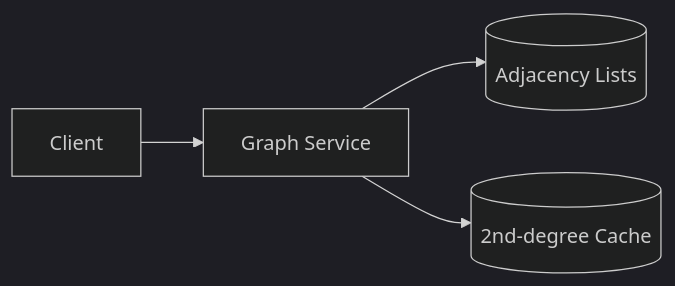
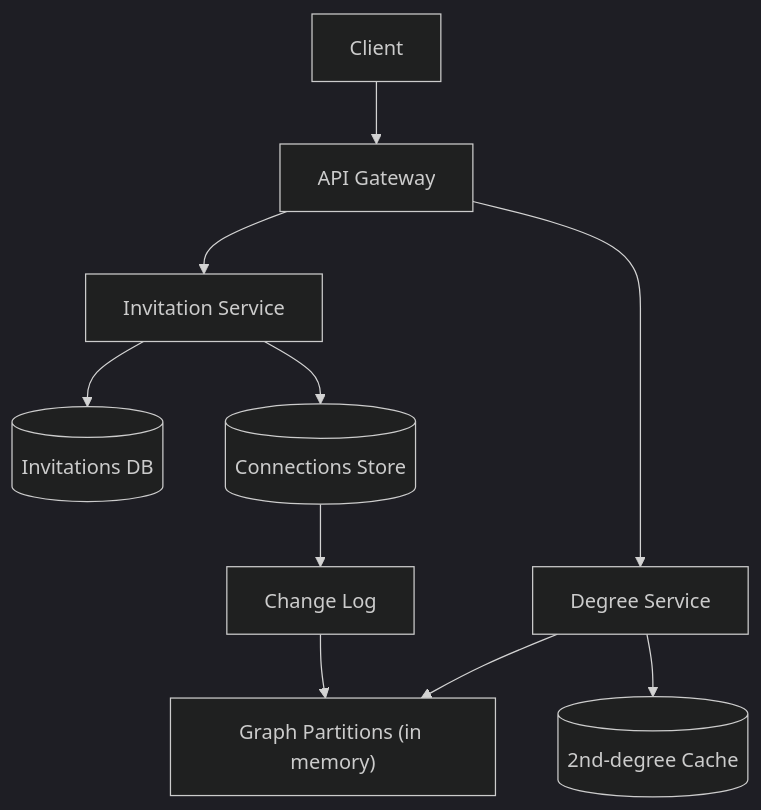
One commit to design-gurus/grokking-system-design changed the first of 2 diagrams in questions/design-linkedin-connections.md. Above: the diagram before and after it, drawn with Mermaid (dark theme). The commit also changed other lines of this file and 19 other files, not shown here.

````diff
--- a/questions/design-linkedin-connections.md
+++ b/questions/design-linkedin-connections.md
@@ -21,6 +84,12 @@
 ```mermaid
-flowchart LR
-    Client --> GS[Graph Service]
-    GS --> Adj[(Adjacency Lists)]
-    GS --> Cache[(2nd-degree Cache)]
+flowchart TD
+    Client[Client] --> API["API Gateway"]
+    API --> Inv["Invitation Service"]
+    API --> Deg["Degree Service"]
+    Inv --> InvDB[(Invitations DB)]
+    Inv --> ConnDB[(Connections Store)]
+    ConnDB --> Log["Change Log"]
+    Log --> Graph["Graph Partitions (in memory)"]
+    Deg --> Graph
+    Deg --> Cache[("2nd-degree Cache")]
 ```
````
